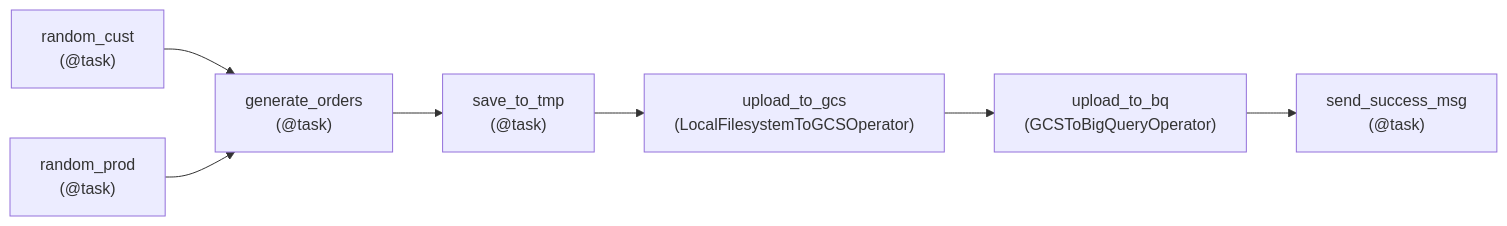
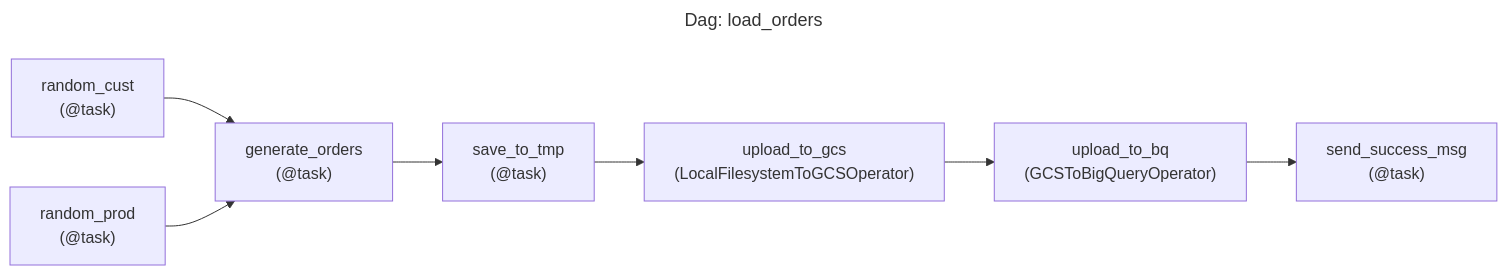
Before and after one commit to candychen00/faker-ecom-project__airflow_dbt: the fifth of 5 diagrams in airflow/README.md, drawn with Mermaid. The commit also changed other lines of this file and 1 other file, not shown here.

````diff
--- a/airflow/README.md
+++ b/airflow/README.md
@@ -213,9 +216,12 @@
 ```mermaid
+---
+title: "Dag: load_orders"
+---
 flowchart LR
     A["random_cust<br>(@task)"] --> C["generate_orders<br>(@task)"]
     B["random_prod<br>(@task)"] --> C
     C --> D["save_to_tmp<br>(@task)"]
     D --> E["upload_to_gcs<br>(LocalFilesystemToGCSOperator)"]
     E --> F["upload_to_bq<br>(GCSToBigQueryOperator)"]
     F --> G["send_success_msg<br>(@task)"]
 ```
````
